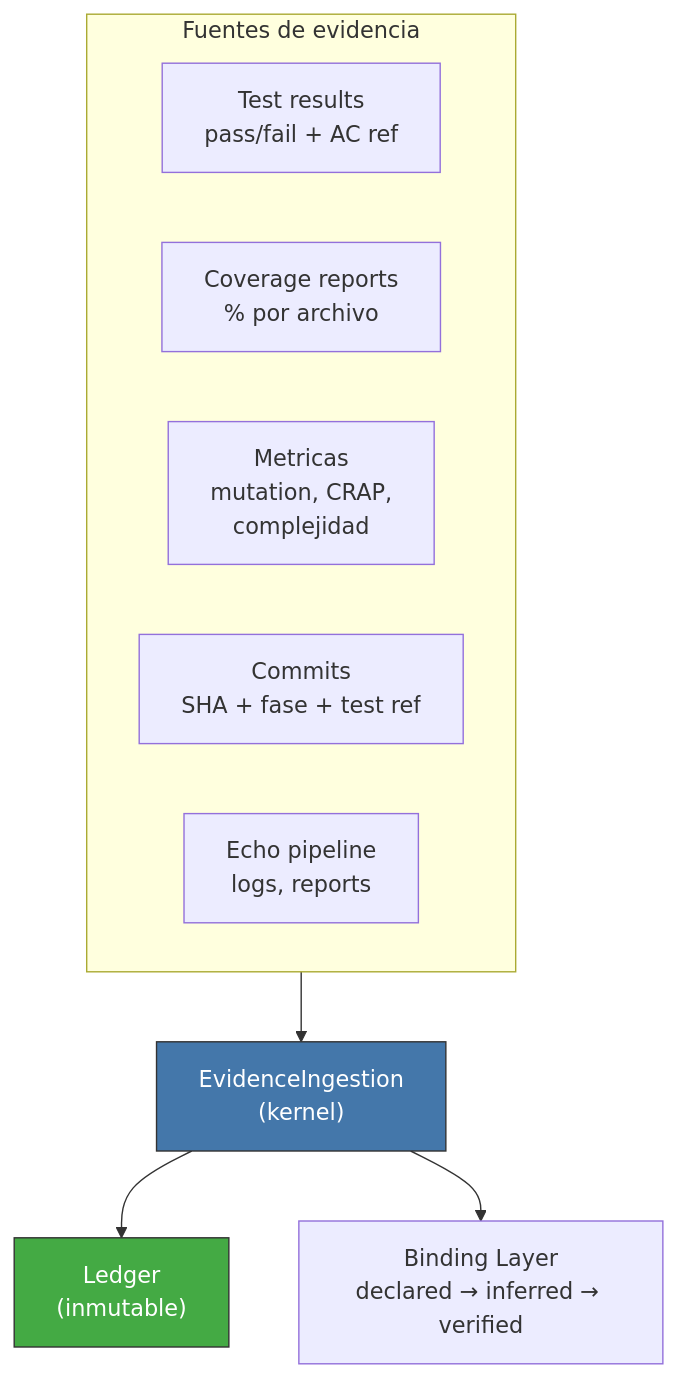
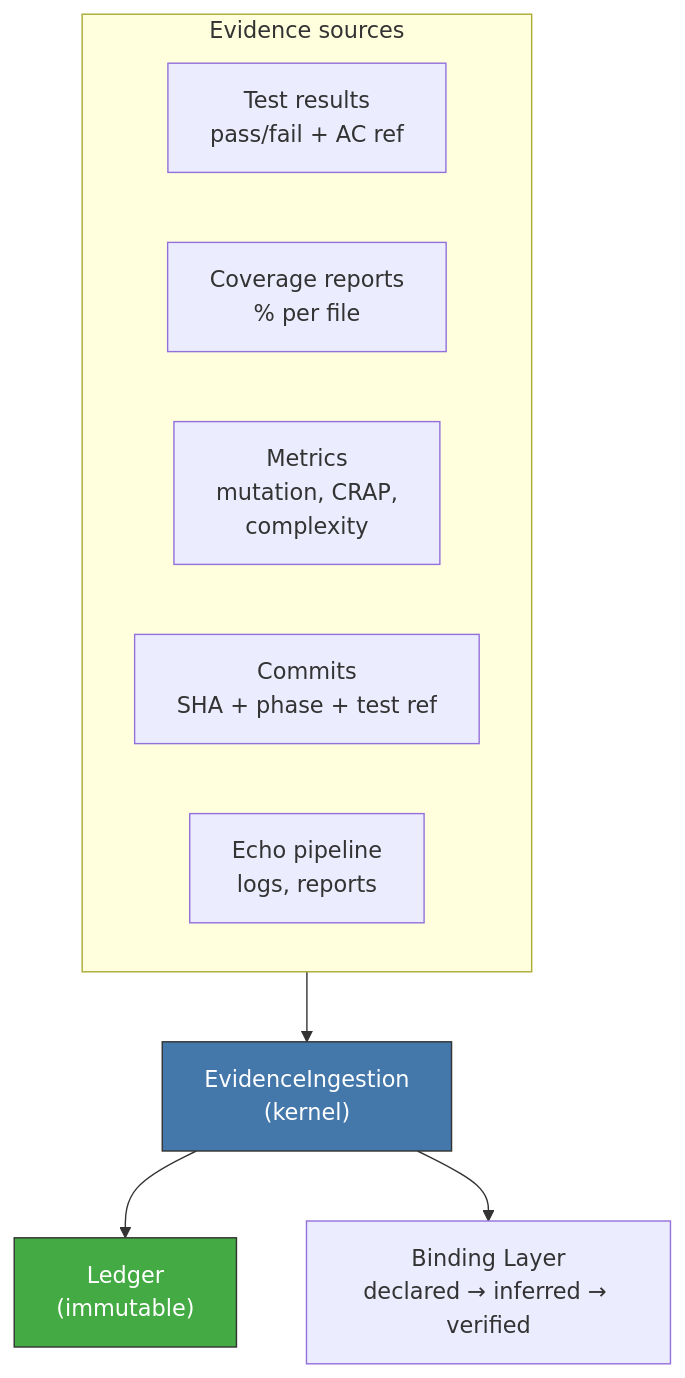
Before and after one commit to virgenherrera/virgil: the diagram in principia/sections/35-evidence-queryable.md, drawn with Mermaid. The commit also changed other lines of this file and 42 other files, not shown here.

````diff
--- a/principia/sections/35-evidence-queryable.md
+++ b/principia/sections/35-evidence-queryable.md
@@ -38,17 +38,17 @@
 ```mermaid
 flowchart TD
-    subgraph FUENTES["Fuentes de evidencia"]
+    subgraph FUENTES["Evidence sources"]
         TESTS["Test results\npass/fail + AC ref"]
-        COV["Coverage reports\n% por archivo"]
-        METRICS["Metricas\nmutation, CRAP,\ncomplejidad"]
-        COMMITS["Commits\nSHA + fase + test ref"]
+        COV["Coverage reports\n% per file"]
+        METRICS["Metrics\nmutation, CRAP,\ncomplexity"]
+        COMMITS["Commits\nSHA + phase + test ref"]
         PIPELINE["Echo pipeline\nlogs, reports"]
     end
 
     FUENTES --> INGESTION["EvidenceIngestion\n(kernel)"]
-    INGESTION --> LEDGER["Ledger\n(inmutable)"]
+    INGESTION --> LEDGER["Ledger\n(immutable)"]
     INGESTION --> BINDING["Binding Layer\ndeclared → inferred → verified"]
 
     style INGESTION fill:#47a,stroke:#333,color:#fff
     style LEDGER fill:#4a4,stroke:#333,color:#fff
 ```
````
